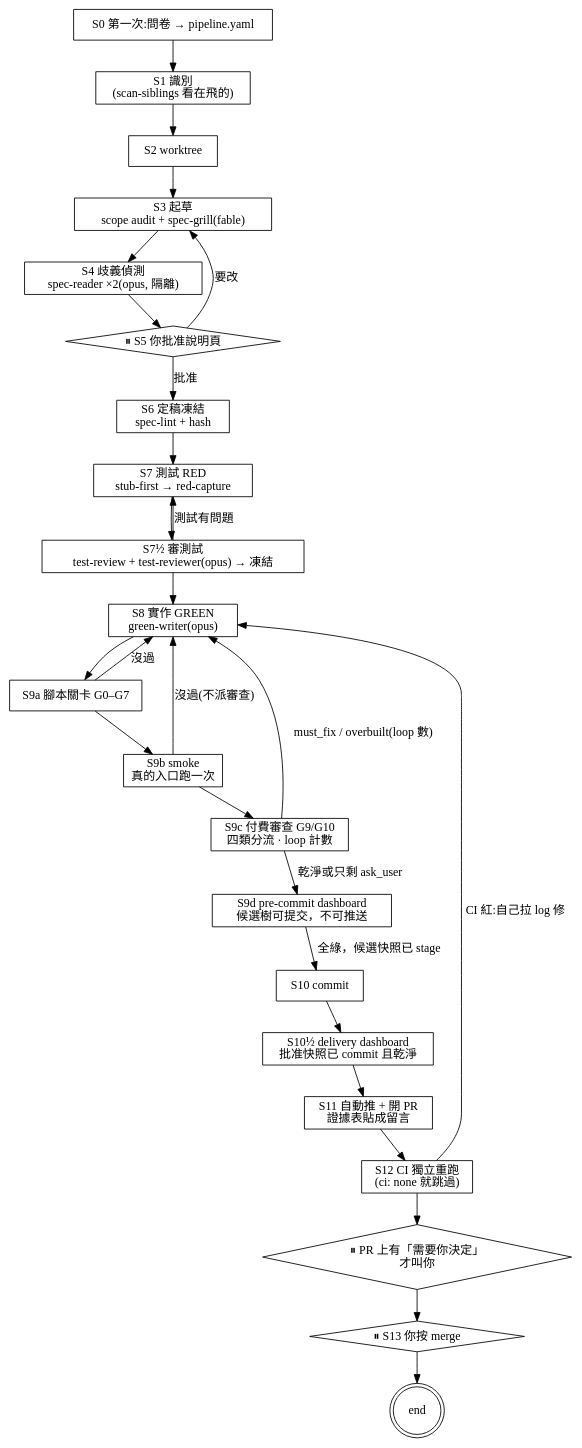
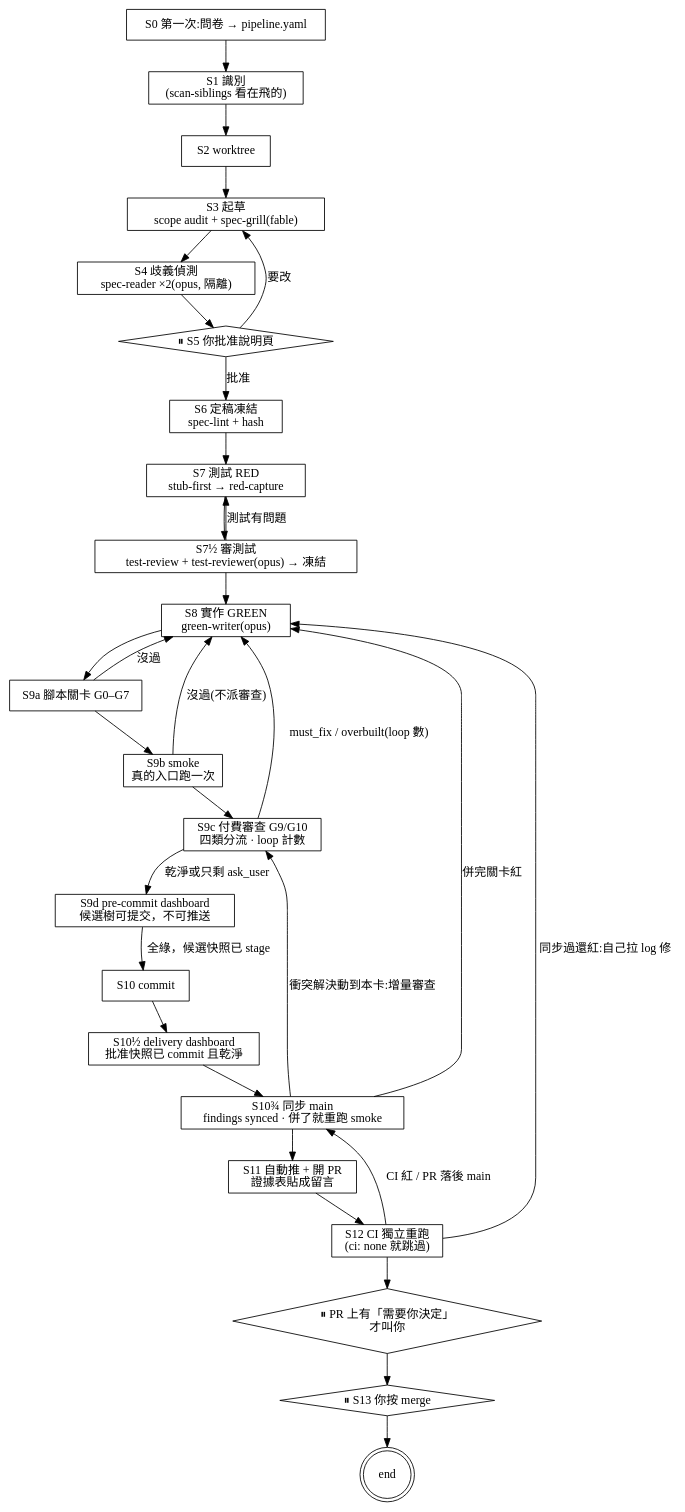
The diagram in skills/workflow-orchestrator/SKILL.md (Chiao75543/claude-workflow), drawn with Graphviz before and after one commit. The commit also changed other lines of this file and 11 other files, not shown here.

First line of the commit message:
feat(sync): 併 main 設站,審查的新鮮度改看本卡自己的改動(方案 1.2)

````diff
--- a/skills/workflow-orchestrator/SKILL.md
+++ b/skills/workflow-orchestrator/SKILL.md
@@ -99,38 +99,42 @@
 ```dot
 digraph workflow {
   s0 [shape=box, label="S0 第一次:問卷 → pipeline.yaml"];
   s1 [shape=box, label="S1 識別\n(scan-siblings 看在飛的)"];
   s2 [shape=box, label="S2 worktree"];
   s3 [shape=box, label="S3 起草\nscope audit + spec-grill(fable)"];
   s4 [shape=box, label="S4 歧義偵測\nspec-reader ×2(opus, 隔離)"];
   s5 [shape=diamond, label="⏸ S5 你批准說明頁"];
   s6 [shape=box, label="S6 定稿凍結\nspec-lint + hash"];
   s7 [shape=box, label="S7 測試 RED\nstub-first → red-capture"];
   s7b [shape=box, label="S7½ 審測試\ntest-review + test-reviewer(opus) → 凍結"];
   s8 [shape=box, label="S8 實作 GREEN\ngreen-writer(opus)"];
   s9a [shape=box, label="S9a 腳本關卡 G0–G7"];
   s9b [shape=box, label="S9b smoke\n真的入口跑一次"];
   s9c [shape=box, label="S9c 付費審查 G9/G10\n四類分流 · loop 計數"];
   precommit [shape=box, label="S9d pre-commit dashboard\n候選樹可提交，不可推送"];
   s10 [shape=box, label="S10 commit"];
   delivery [shape=box, label="S10½ delivery dashboard\n批准快照已 commit 且乾淨"];
+  sync [shape=box, label="S10¾ 同步 main\nfindings synced · 併了就重跑 smoke"];
   s11 [shape=box, label="S11 自動推 + 開 PR\n證據表貼成留言"];
   s12 [shape=box, label="S12 CI 獨立重跑\n(ci: none 就跳過)"];
   s13a [shape=diamond, label="⏸ PR 上有「需要你決定」\n才叫你"];
   s13 [shape=diamond, label="⏸ S13 你按 merge"];
   done [shape=doublecircle, label="end"];
 
   s0 -> s1 -> s2 -> s3 -> s4 -> s5;
   s5 -> s3 [label="要改"];
   s5 -> s6 [label="批准"];
   s6 -> s7 -> s7b -> s8 -> s9a -> s9b -> s9c;
   s7b -> s7 [label="測試有問題"];
   s9a -> s8 [label="沒過"];
   s9b -> s8 [label="沒過(不派審查)"];
   s9c -> s8 [label="must_fix / overbuilt(loop 數)"];
   s9c -> precommit [label="乾淨或只剩 ask_user"];
   precommit -> s10 [label="全綠，候選快照已 stage"];
-  s10 -> delivery -> s11 -> s12 -> s13a -> s13 -> done;
-  s12 -> s8 [label="CI 紅:自己拉 log 修"];
+  s10 -> delivery -> sync -> s11 -> s12 -> s13a -> s13 -> done;
+  sync -> s9c [label="衝突解決動到本卡:增量審查"];
+  sync -> s8 [label="併完關卡紅"];
+  s12 -> sync [label="CI 紅 / PR 落後 main"];
+  s12 -> s8 [label="同步過還紅:自己拉 log 修"];
 }
 ```
````
